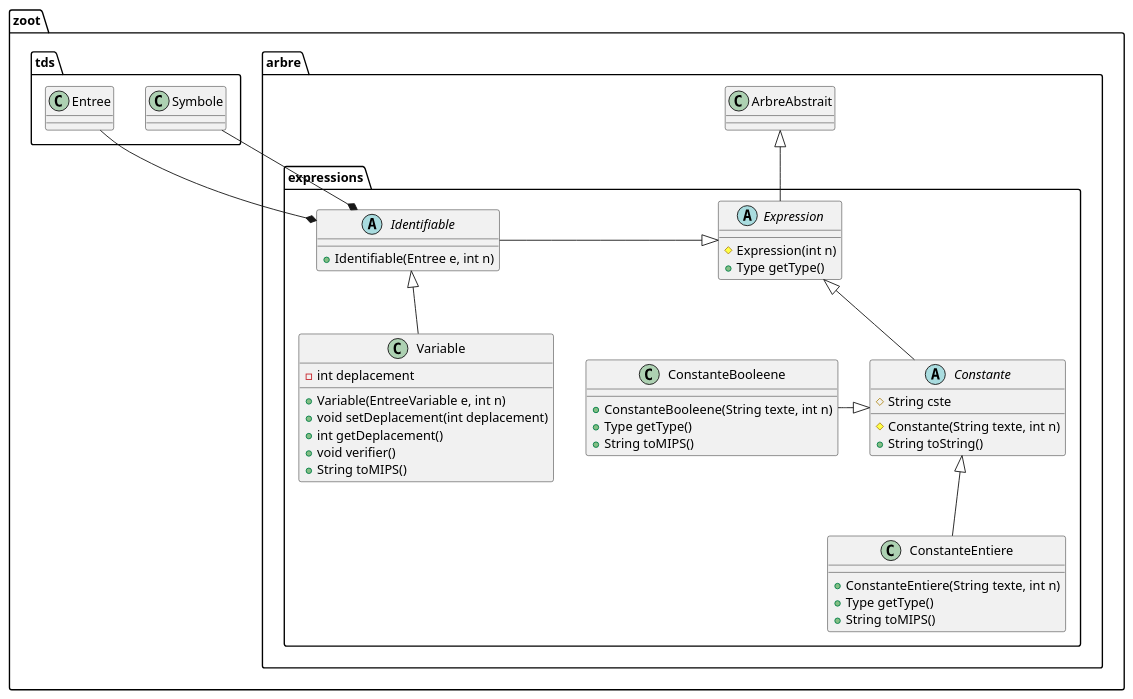
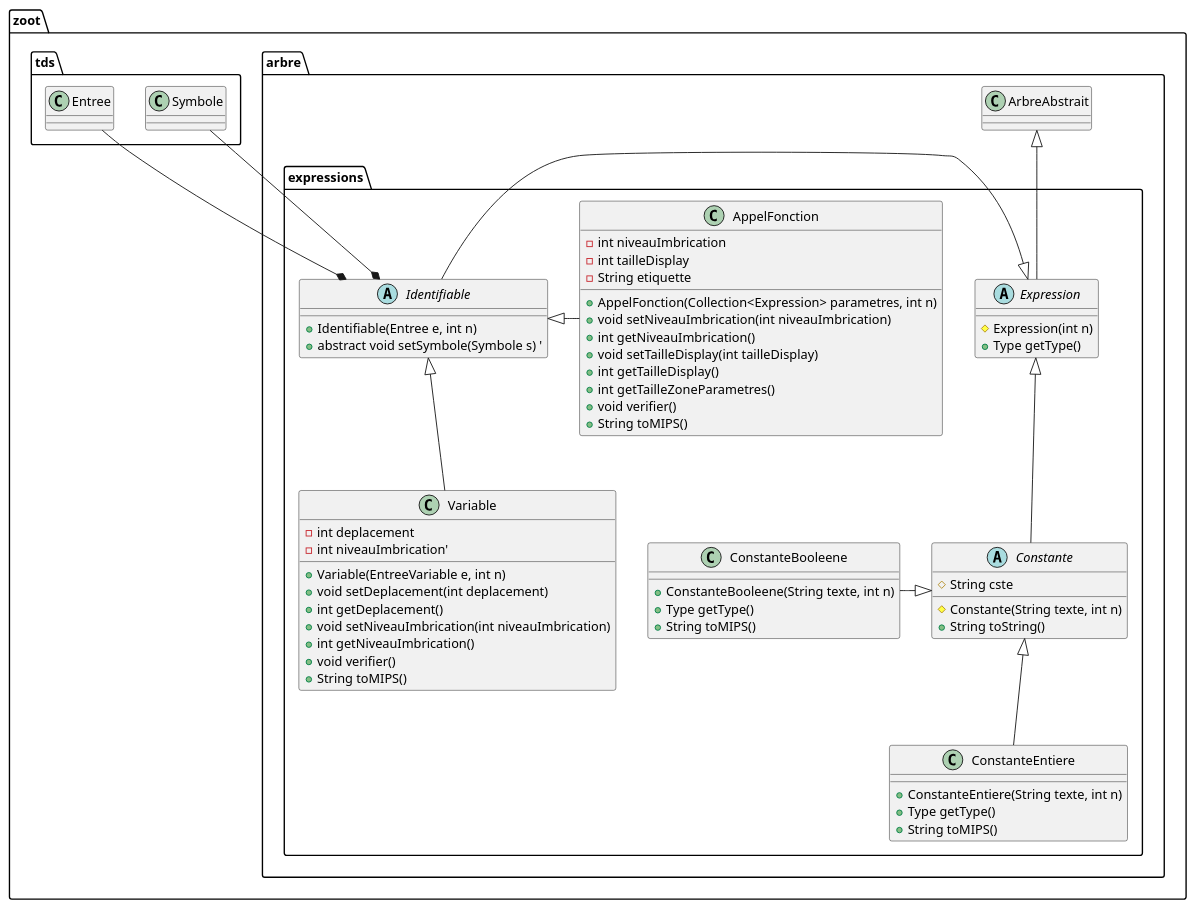
One commit to lmtb06/zoot changed the diagram in diagrammes/classe/expressions.puml. Above: the diagram before and after it, drawn with PlantUML. The commit also changed 4 other files, not shown here.

First line of the commit message:
Ajout des diagrammes de classes pour zoot2

```diff
--- a/diagrammes/classe/expressions.puml
+++ b/diagrammes/classe/expressions.puml
@@ -1,52 +1,70 @@
 @startuml "Package expressions"
 namespace zoot.arbre.expressions {
     ' Includes
     ' Classes
     abstract class Expression {
         # Expression(int n)
         + Type getType()
     }
 
     abstract class Constante {
         # String cste
         # Constante(String texte, int n)
         + String toString()
     }
 
     class ConstanteEntiere {
         + ConstanteEntiere(String texte, int n)
         + Type getType()
         + String toMIPS()
     }
 
     class ConstanteBooleene {
         + ConstanteBooleene(String texte, int n)
         + Type getType()
         + String toMIPS()
 
     }
 
     abstract class Identifiable {
         + Identifiable(Entree e, int n)
-        ' TODO dans zoot2 + void setSymbole(Symbole s) la décoration se fera ici
+        + abstract void setSymbole(Symbole s) '
     }
 
     class Variable {
         - int deplacement
+        - int niveauImbrication'
         + Variable(EntreeVariable e, int n)
         + void setDeplacement(int deplacement)
         + int getDeplacement()
+        + void setNiveauImbrication(int niveauImbrication)
+        + int getNiveauImbrication()
+        + void verifier()
+        + String toMIPS()
+    }
+
+    class AppelFonction {
+        - int niveauImbrication
+        - int tailleDisplay
+        - String etiquette
+        + AppelFonction(Collection<Expression> parametres, int n)
+        + void setNiveauImbrication(int niveauImbrication)
+        + int getNiveauImbrication()
+        + void setTailleDisplay(int tailleDisplay)
+        + int getTailleDisplay()
+        + int getTailleZoneParametres()
         + void verifier()
         + String toMIPS()
     }
     ' Relations entre les classes
     Expression -up-|> zoot.arbre.ArbreAbstrait
     Constante -up-|> Expression
     ConstanteEntiere -up-|> Constante
     ConstanteBooleene -right-|> Constante
     Identifiable *-up- zoot.tds.Entree
     Identifiable *-up- zoot.tds.Symbole
     Identifiable -left-|> Expression
     Variable -up-|> Identifiable
+    AppelFonction -left-|> Identifiable
 }
 @enduml
```
